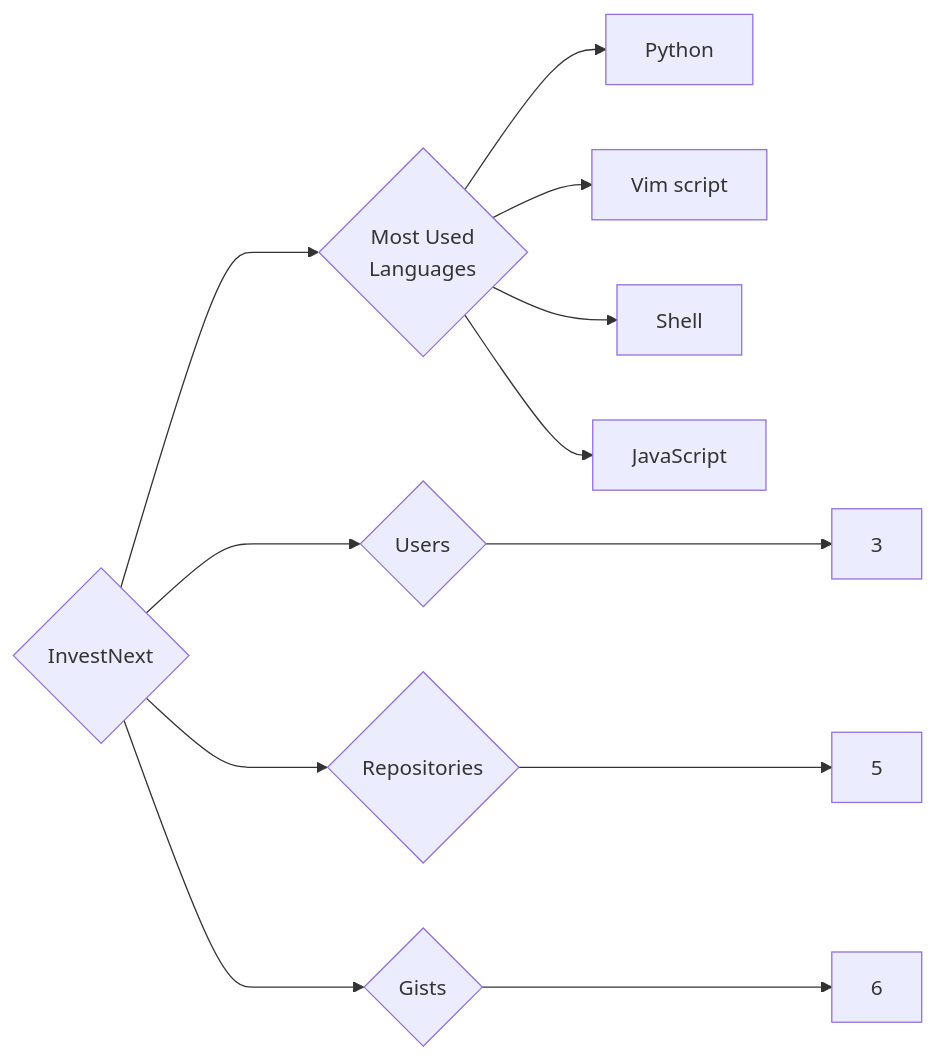
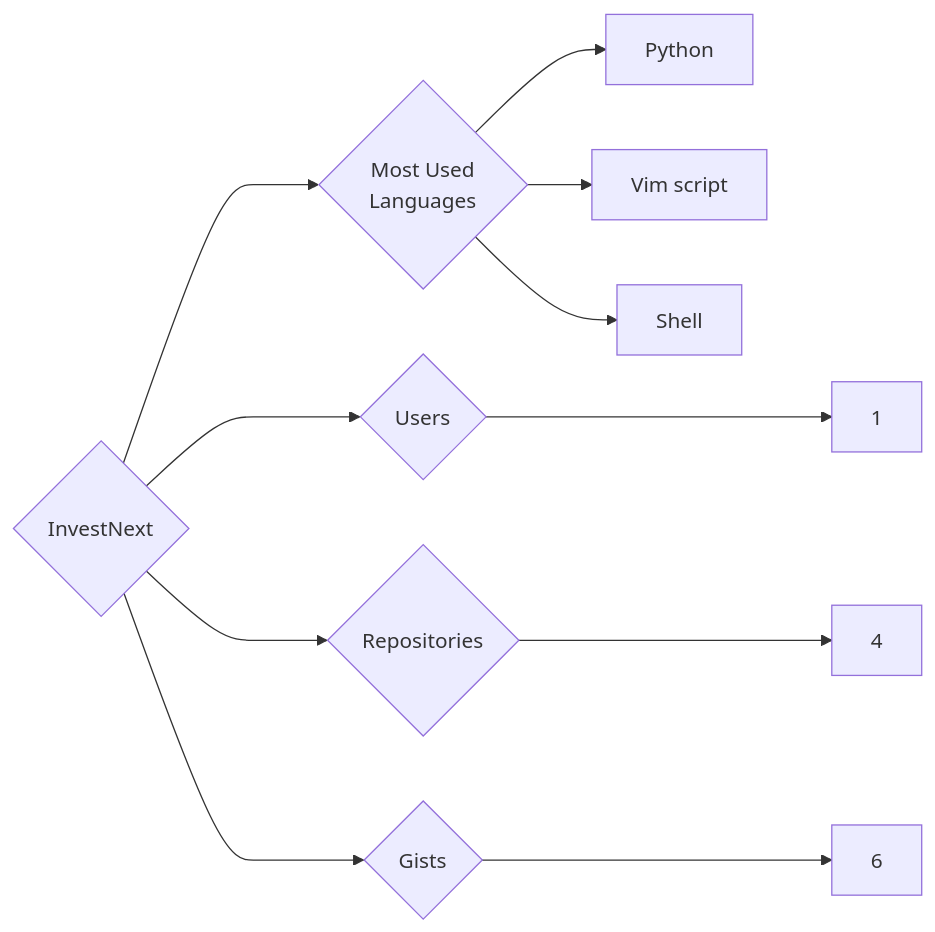
Before and after one commit to trickest/insiders: the diagram in targets/InvestNext/README.md, drawn with Mermaid. The commit also changed 984 other files, not shown here.

````diff
--- a/targets/InvestNext/README.md
+++ b/targets/InvestNext/README.md
@@ -3,12 +3,11 @@
 ```mermaid
 graph LR
 COMPANY_NAME{InvestNext}
-COMPANY_NAME ---> U{Users} ---> UN[3]
-COMPANY_NAME ---> R{Repositories} ---> RN[5]
+COMPANY_NAME ---> U{Users} ---> UN[1]
+COMPANY_NAME ---> R{Repositories} ---> RN[4]
 COMPANY_NAME ---> G{Gists} ---> GN[6]
 COMPANY_NAME ---> ML{Most Used<br>Languages}
 ML --> Python[Python]
 ML --> Vim_script[Vim script]
 ML --> Shell[Shell]
-ML --> JavaScript[JavaScript]
 ```
````
